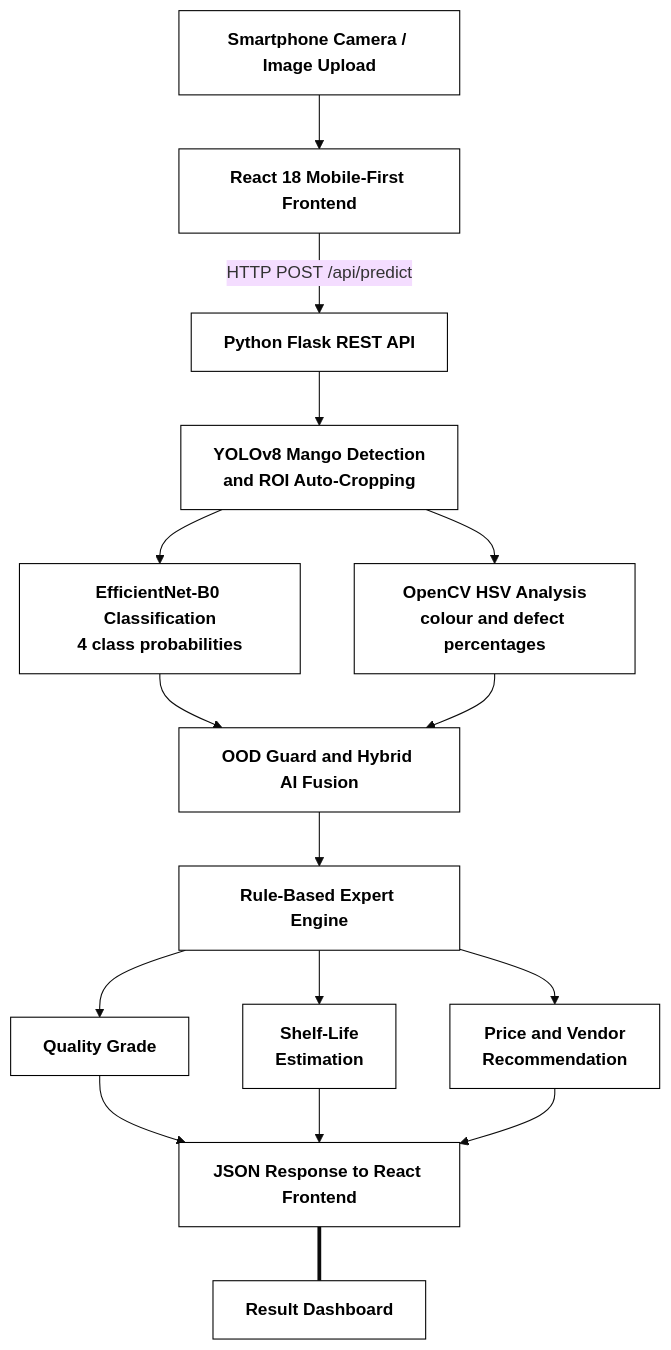
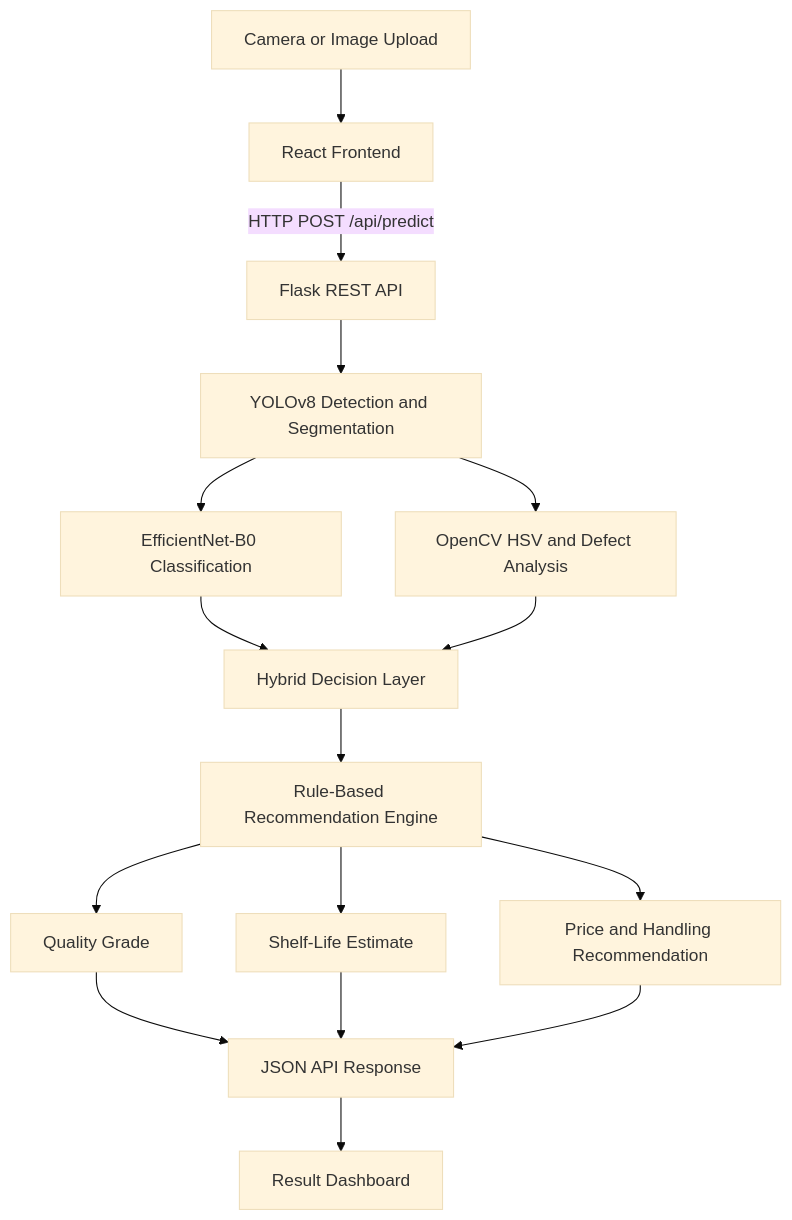
The diagram in README.md (Kavindu379/Mango-AI-Quality-System), drawn with Mermaid (base theme) before and after one commit. The commit also changed other lines of this file, not shown here.

````diff
--- a/README.md
+++ b/README.md
@@ -26,28 +27,24 @@
 ```mermaid
 flowchart TD
-    A[Smartphone Camera / Image Upload] --> B[React 18 Mobile-First Frontend]
-    
-    B -- HTTP POST /api/predict --> C[Python Flask REST API]
-    
-    C --> D[YOLOv8 Mango Detection<br/>and ROI Auto-Cropping]
-    
-    D --> E[EfficientNet-B0 Classification<br/>4 class probabilities]
-    D --> F[OpenCV HSV Analysis<br/>colour and defect percentages]
-    
-    E --> G[OOD Guard and Hybrid AI Fusion]
+    A[Camera or Image Upload] --> B[React Frontend]
+    B -->|HTTP POST /api/predict| C[Flask REST API]
+
+    C --> D[YOLOv8 Detection and Segmentation]
+    D --> E[EfficientNet-B0 Classification]
+    D --> F[OpenCV HSV and Defect Analysis]
+
+    E --> G[Hybrid Decision Layer]
     F --> G
-    
-    G --> H[Rule-Based Expert Engine]
-    
+
+    G --> H[Rule-Based Recommendation Engine]
+
     H --> I[Quality Grade]
-    H --> J[Shelf-Life<br/>Estimation]
-    H --> K[Price and Vendor<br/>Recommendation]
-    
-    I --> L[JSON Response to React Frontend]
+    H --> J[Shelf-Life Estimate]
+    H --> K[Price and Handling Recommendation]
+
+    I --> L[JSON API Response]
     J --> L
     K --> L
-    
-    L === M[Result Dashboard]
-    
-    classDef default fill:#ffffff,stroke:#000000,stroke-width:1px,color:#000000,font-weight:600;
+
+    L --> M[Result Dashboard]
 ```
````
